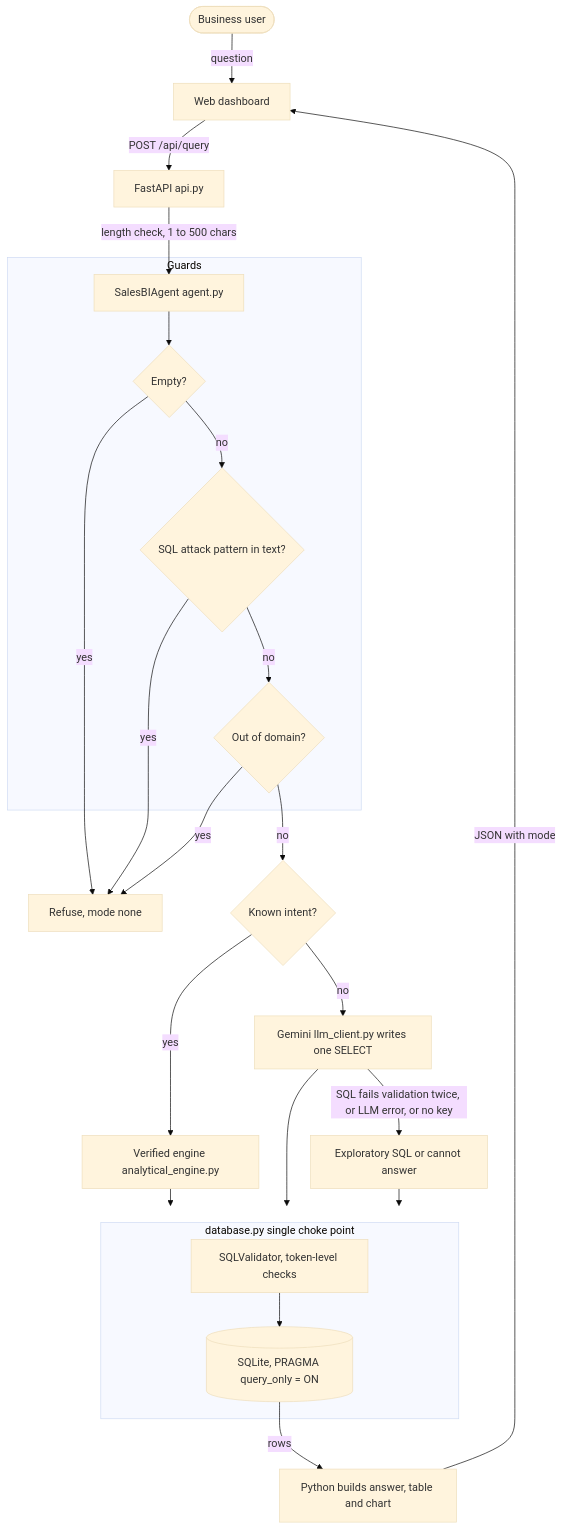
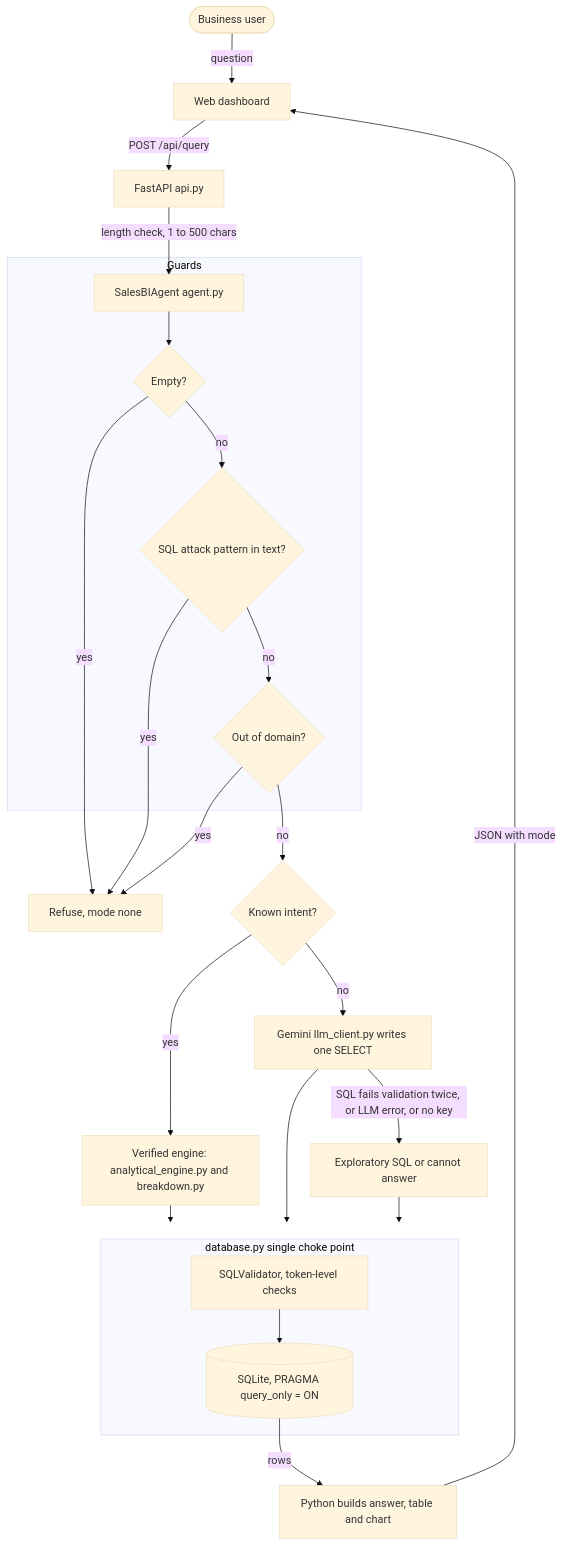
Before and after one commit to Srilaxmi984/AI_BI_Assistant: the first of 2 diagrams in docs/architecture.md, drawn with Mermaid (base theme). The commit also changed other lines of this file and 8 other files, not shown here.

````diff
--- a/docs/architecture.md
+++ b/docs/architecture.md
@@ -12,32 +12,32 @@
 ```mermaid
 flowchart TD
     User([Business user]) -->|question| UI[Web dashboard]
     UI -->|POST /api/query| API[FastAPI api.py]
     API -->|length check, 1 to 500 chars| Agent[SalesBIAgent agent.py]
 
     subgraph Guards
         Agent --> G1{Empty?}
         G1 -->|no| G2{SQL attack pattern in text?}
         G2 -->|no| G3{Out of domain?}
     end
 
     G1 -->|yes| Refuse[Refuse, mode none]
     G2 -->|yes| Refuse
     G3 -->|yes| Refuse
 
     G3 -->|no| Router{Known intent?}
-    Router -->|yes| Engine[Verified engine analytical_engine.py]
+    Router -->|yes| Engine[Verified engine: analytical_engine.py and breakdown.py]
     Router -->|no| LLM[Gemini llm_client.py writes one SELECT]
     LLM -->|SQL fails validation twice, or LLM error, or no key| Fallback[Exploratory SQL or cannot answer]
 
     Engine --> DB
     LLM --> DB
     Fallback --> DB
 
     subgraph DB[database.py single choke point]
         V[SQLValidator, token-level checks] --> RO[(SQLite, PRAGMA query_only = ON)]
     end
 
     RO -->|rows| Build[Python builds answer, table and chart]
     Build -->|JSON with mode| UI
 ```
````
